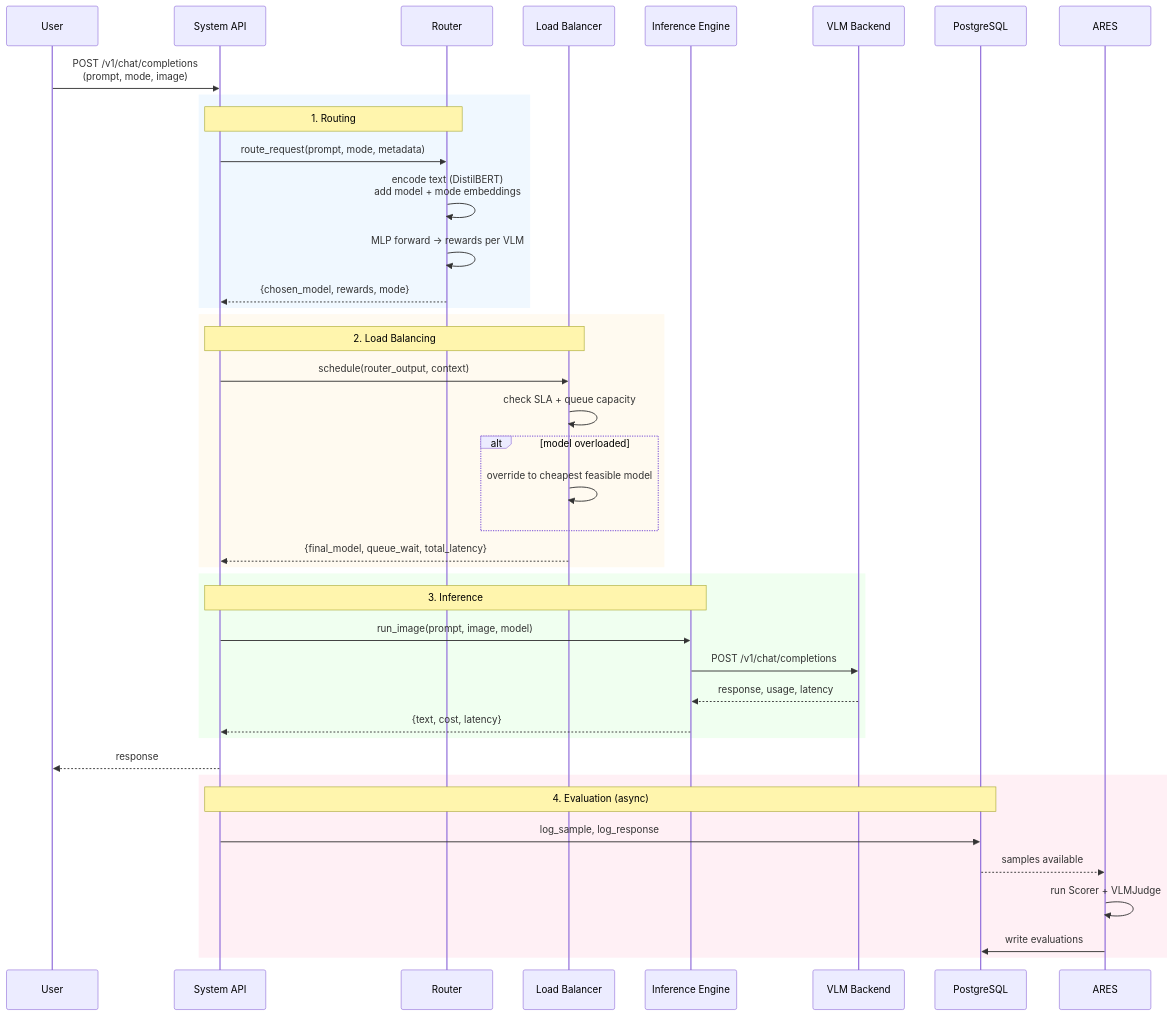
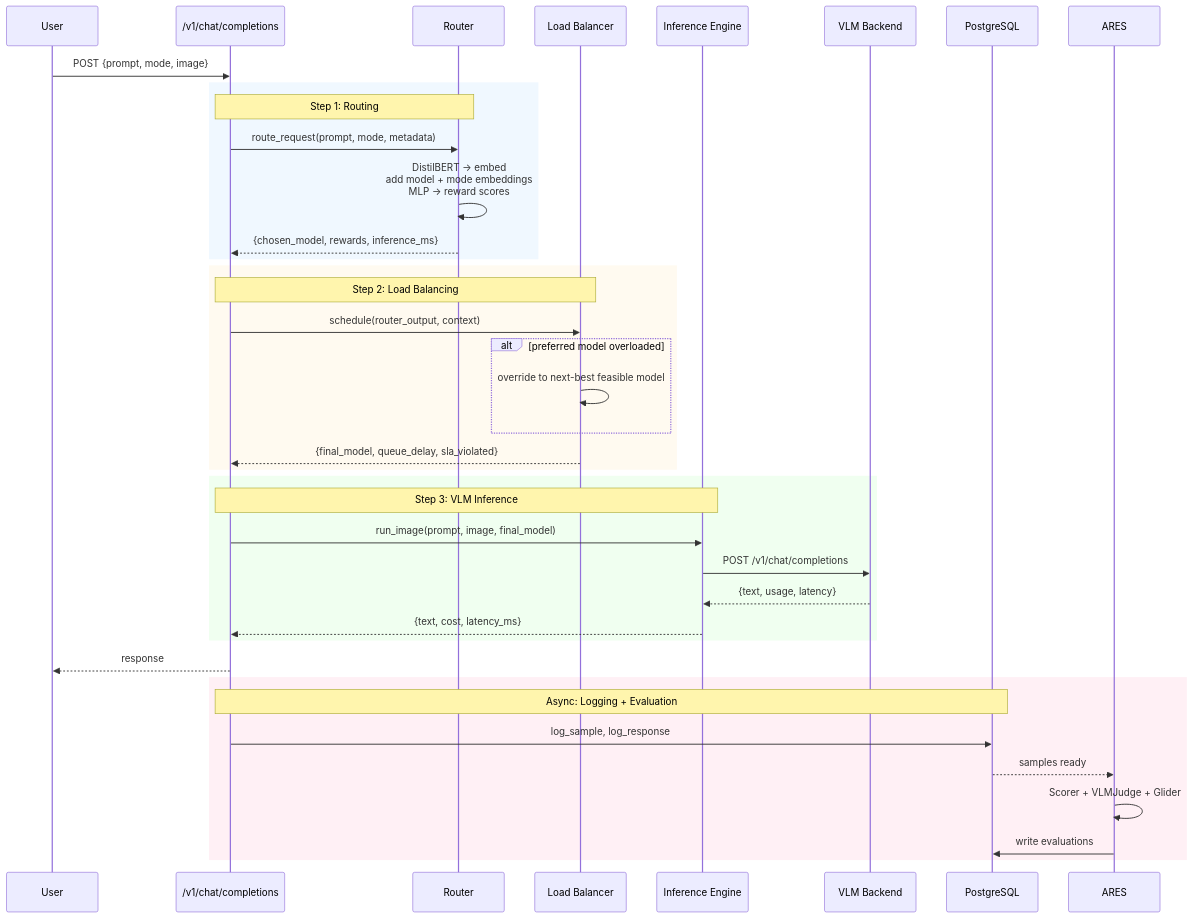
Before and after one commit to Vedaang-Chopra/Which_VLM_Router: the second of 3 diagrams in docs/human/ARCHITECTURE.md, drawn with Mermaid. The commit also changed other lines of this file and 3 other files, not shown here.

First line of the commit message:
pi: Phase 2C — human overview + architecture docs, project map updated

````diff
--- a/docs/human/ARCHITECTURE.md
+++ b/docs/human/ARCHITECTURE.md
@@ -64,49 +56,47 @@
 ```mermaid
 sequenceDiagram
     participant U as User
-    participant API as System API
+    participant API as /v1/chat/completions
     participant R as Router
     participant LB as Load Balancer
     participant IE as Inference Engine
-    participant V as VLM Backend
+    participant VLM as VLM Backend
     participant DB as PostgreSQL
     participant Eval as ARES
 
-    U->>API: POST /v1/chat/completions<br/>(prompt, mode, image)
+    U->>API: POST {prompt, mode, image}
 
     rect rgb(240, 248, 255)
-        Note over API,R: 1. Routing
+        Note over API,R: Step 1: Routing
         API->>R: route_request(prompt, mode, metadata)
-        R->>R: encode text (DistilBERT)<br/>add model + mode embeddings
-        R->>R: MLP forward → rewards per VLM
-        R-->>API: {chosen_model, rewards, mode}
+        R->>R: DistilBERT → embed<br/>add model + mode embeddings<br/>MLP → reward scores
+        R-->>API: {chosen_model, rewards, inference_ms}
     end
 
     rect rgb(255, 250, 240)
-        Note over API,LB: 2. Load Balancing
+        Note over API,LB: Step 2: Load Balancing
         API->>LB: schedule(router_output, context)
-        LB->>LB: check SLA + queue capacity
-        alt model overloaded
-            LB->>LB: override to cheapest feasible model
+        alt preferred model overloaded
+            LB->>LB: override to next-best feasible model
         end
-        LB-->>API: {final_model, queue_wait, total_latency}
+        LB-->>API: {final_model, queue_delay, sla_violated}
     end
 
     rect rgb(240, 255, 240)
-        Note over API,IE: 3. Inference
-        API->>IE: run_image(prompt, image, model)
-        IE->>V: POST /v1/chat/completions
-        V-->>IE: response, usage, latency
-        IE-->>API: {text, cost, latency}
+        Note over API,IE: Step 3: VLM Inference
+        API->>IE: run_image(prompt, image, final_model)
+        IE->>VLM: POST /v1/chat/completions
+        VLM-->>IE: {text, usage, latency}
+        IE-->>API: {text, cost, latency_ms}
     end
 
     API-->>U: response
 
     rect rgb(255, 240, 245)
-        Note over API,DB: 4. Evaluation (async)
+        Note over API,DB: Async: Logging + Evaluation
         API->>DB: log_sample, log_response
-        DB-->>Eval: samples available
-        Eval->>Eval: run Scorer + VLMJudge
+        DB-->>Eval: samples ready
+        Eval->>Eval: Scorer + VLMJudge + Glider
         Eval->>DB: write evaluations
     end
 ```
````
